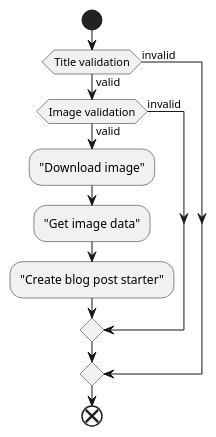
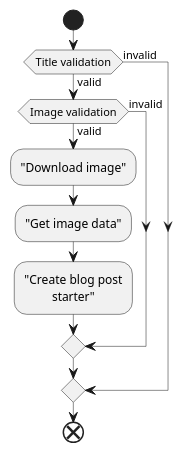
Before and after one commit to aaronuurman/blog: the diagram in src/posts/2019-11-04-creating-cli-tool-in-python-part-2.mdx, drawn with PlantUML. The commit also changed 3 other files, not shown here.

Commit message:
Add plant uml template

````diff
--- a/src/posts/2019-11-04-creating-cli-tool-in-python-part-2.mdx
+++ b/src/posts/2019-11-04-creating-cli-tool-in-python-part-2.mdx
@@ -28,15 +28,30 @@
 ```plantuml
 @startuml
+
+skinparam DefaultTextAlignment center
+skinparam WrapWidth 120
+skinparam Shadowing false
+skinparam BackgroundColor White
+skinparam RectangleBorderThickness 0.5
+skinparam ActivityBorderThickness 0.5
+skinparam ActivityArrowFontSize 11
+skinparam AgentBorderThickness 0.5
+skinparam ArrowThickness 0.5
+skinparam ArrowFontStyle Plain
+skinparam NoteBorderThickness 0.5
+skinparam ClassBorderThickness 0.5
+
 start
 if (Title validation) then (valid)
 	if (Image validation) then (valid)
 		:"Download image";
 		:"Get image data";
 		:"Create blog post starter";
 	else (invalid)
 	endif
 else (invalid)
 endif
 end
+
 @enduml
 ```
````
